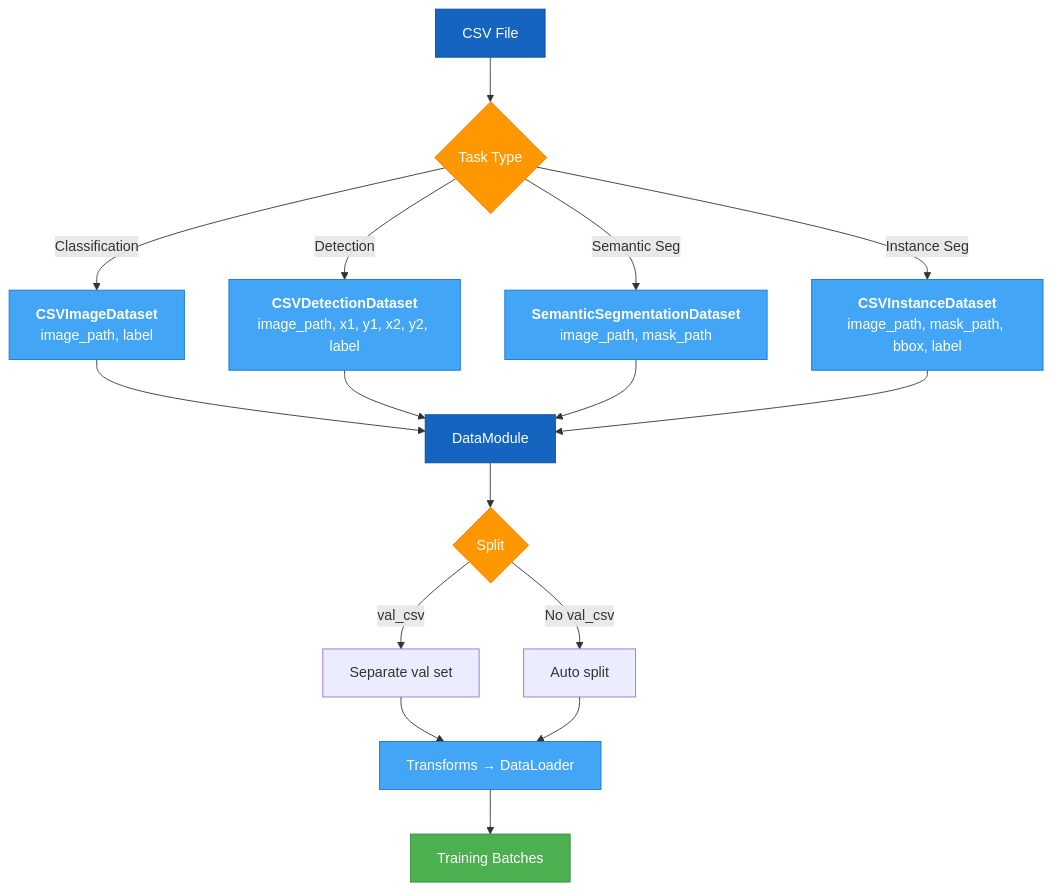
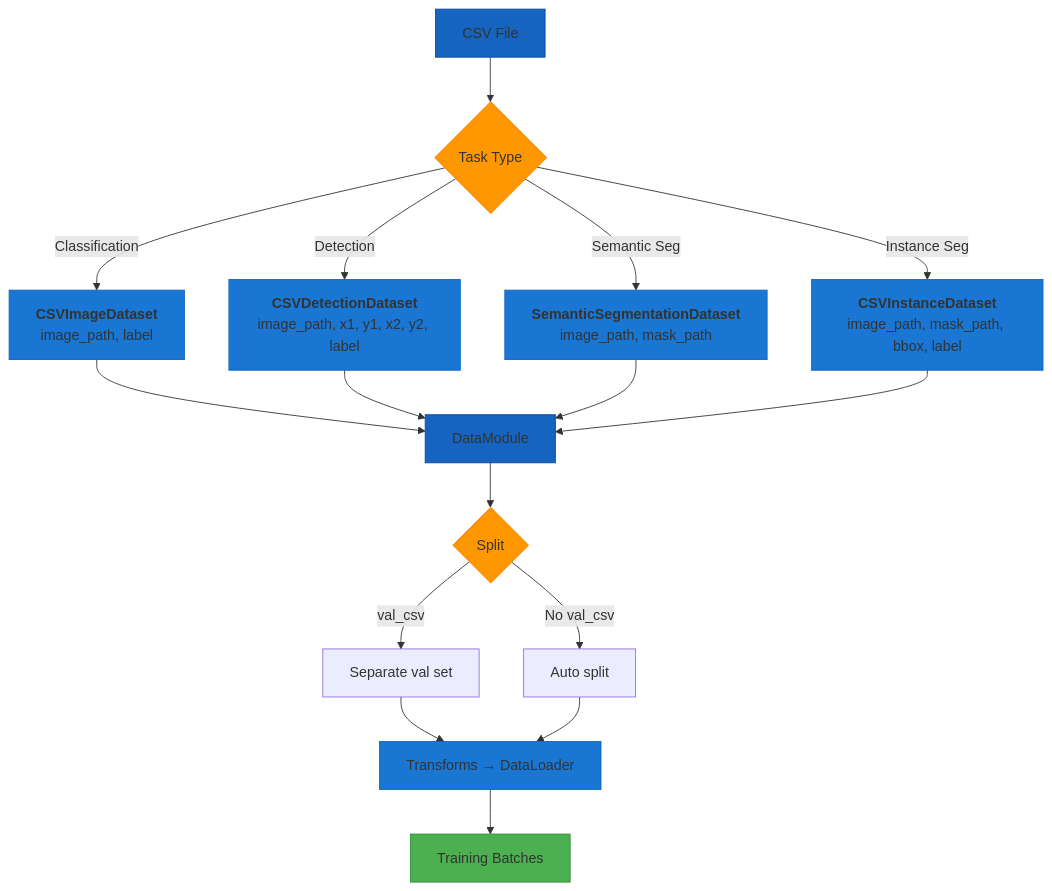
The diagram in docs/user-guide/data-loading/csv-data.md (theja-vanka/AutoTimm), drawn with Mermaid before and after one commit. The commit also changed 37 other files, not shown here.

````diff
--- a/docs/user-guide/data-loading/csv-data.md
+++ b/docs/user-guide/data-loading/csv-data.md
@@ -7,29 +7,29 @@
 ```mermaid
 graph TD
     A[CSV File] --> B{Task Type}
     B -->|Classification| C1[<b>CSVImageDataset</b><br/>image_path, label]
     B -->|Detection| C2[<b>CSVDetectionDataset</b><br/>image_path, x1, y1, x2, y2, label]
     B -->|Semantic Seg| C3[<b>SemanticSegmentationDataset</b><br/>image_path, mask_path]
     B -->|Instance Seg| C4[<b>CSVInstanceDataset</b><br/>image_path, mask_path, bbox, label]
     C1 --> D[DataModule]
     C2 --> D
     C3 --> D
     C4 --> D
     D --> E{Split}
     E -->|val_csv| F1[Separate val set]
     E -->|No val_csv| F2[Auto split]
     F1 --> G[Transforms → DataLoader]
     F2 --> G
     G --> H[Training Batches]
 
-    style A fill:#1565C0,stroke:#0D47A1,color:#fff
-    style B fill:#FF9800,stroke:#F57C00,color:#fff
-    style C1 fill:#42A5F5,stroke:#1976D2,color:#fff
-    style C2 fill:#42A5F5,stroke:#1976D2,color:#fff
-    style C3 fill:#42A5F5,stroke:#1976D2,color:#fff
-    style C4 fill:#42A5F5,stroke:#1976D2,color:#fff
-    style D fill:#1565C0,stroke:#0D47A1,color:#fff
-    style E fill:#FF9800,stroke:#F57C00,color:#fff
-    style G fill:#42A5F5,stroke:#1976D2,color:#fff
-    style H fill:#4CAF50,stroke:#388E3C,color:#fff
+    style A fill:#1565C0,stroke:#0D47A1
+    style B fill:#FF9800,stroke:#F57C00
+    style C1 fill:#1976D2,stroke:#1565C0
+    style C2 fill:#1976D2,stroke:#1565C0
+    style C3 fill:#1976D2,stroke:#1565C0
+    style C4 fill:#1976D2,stroke:#1565C0
+    style D fill:#1565C0,stroke:#0D47A1
+    style E fill:#FF9800,stroke:#F57C00
+    style G fill:#1976D2,stroke:#1565C0
+    style H fill:#4CAF50,stroke:#388E3C
 ```
````
